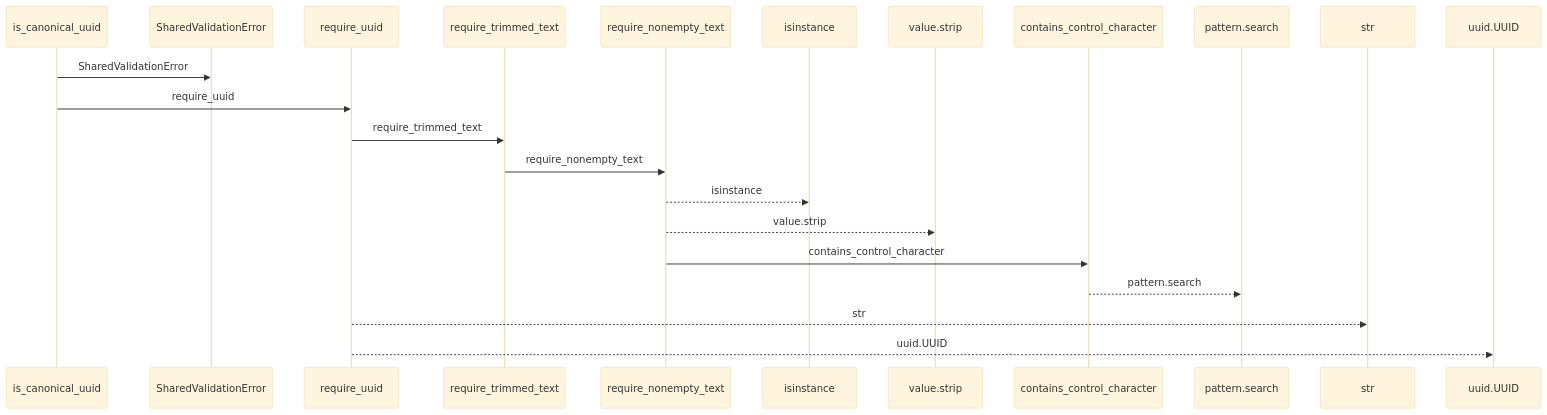
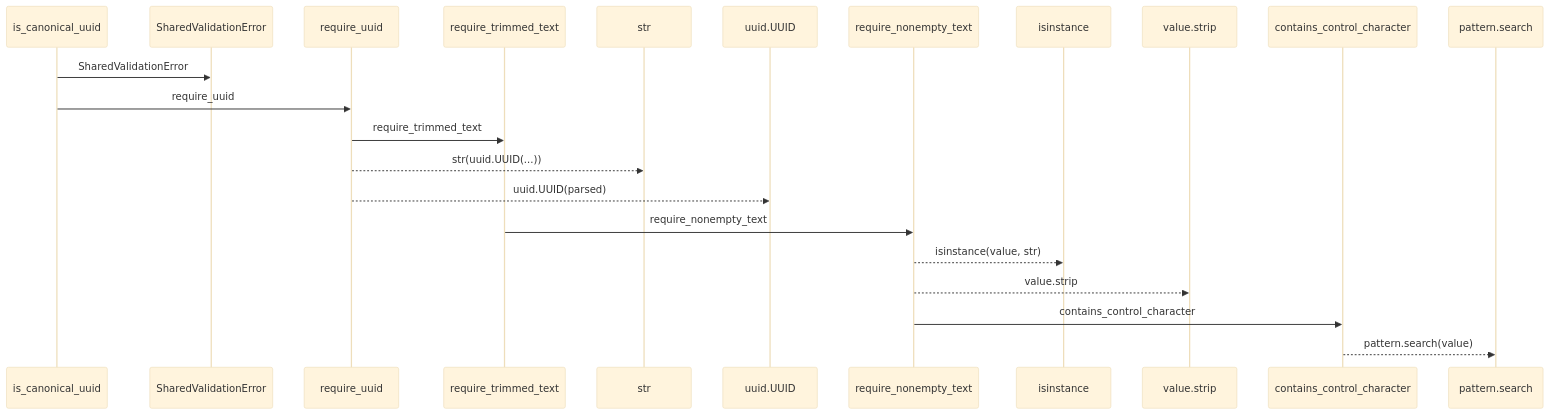
Before and after one commit to Denissvgn/python-wiki-llm: the first of 2 diagrams in docs/llm_wiki/flows/api-is_canonical_uuid.md, drawn with Mermaid (base theme). The commit also changed other lines of this file and 1410 other files, not shown here.

````diff
--- a/docs/llm_wiki/flows/api-is_canonical_uuid.md
+++ b/docs/llm_wiki/flows/api-is_canonical_uuid.md
@@ -10,24 +12,24 @@
 ```mermaid
 sequenceDiagram
     participant p0 as is_canonical_uuid
     participant p1 as SharedValidationError
     participant p2 as require_uuid
     participant p3 as require_trimmed_text
-    participant p4 as require_nonempty_text
-    participant p5 as isinstance
-    participant p6 as value.strip
-    participant p7 as contains_control_character
-    participant p8 as pattern.search
-    participant p9 as str
-    participant p10 as uuid.UUID
+    participant p4 as str
+    participant p5 as uuid.UUID
+    participant p6 as require_nonempty_text
+    participant p7 as isinstance
+    participant p8 as value.strip
+    participant p9 as contains_control_character
+    participant p10 as pattern.search
     p0->>p1: SharedValidationError
     p0->>p2: require_uuid
     p2->>p3: require_trimmed_text
-    p3->>p4: require_nonempty_text
-    p4-->>p5: isinstance
-    p4-->>p6: value.strip
-    p4->>p7: contains_control_character
-    p7-->>p8: pattern.search
-    p2-->>p9: str
-    p2-->>p10: uuid.UUID
+    p2-->>p4: str(uuid.UUID(...))
+    p2-->>p5: uuid.UUID(parsed)
+    p3->>p6: require_nonempty_text
+    p6-->>p7: isinstance(value, str)
+    p6-->>p8: value.strip
+    p6->>p9: contains_control_character
+    p9-->>p10: pattern.search(value)
 ```
````
